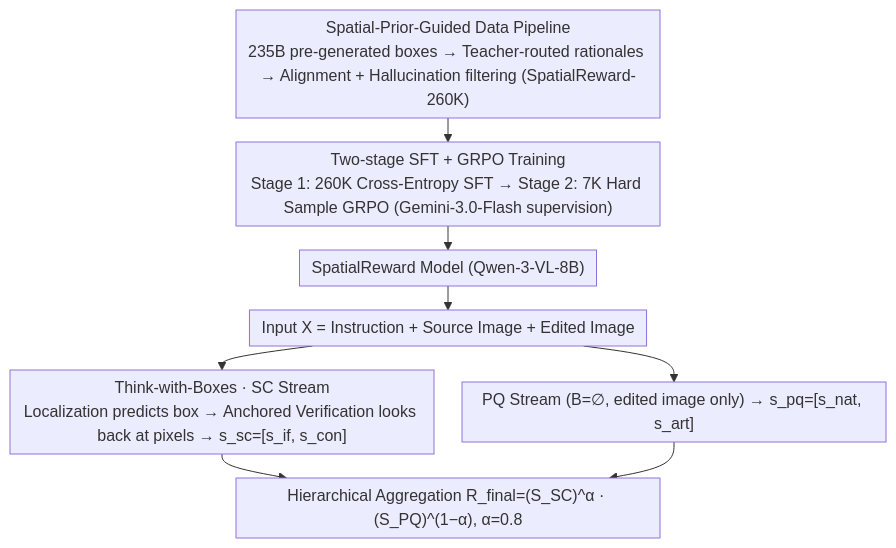
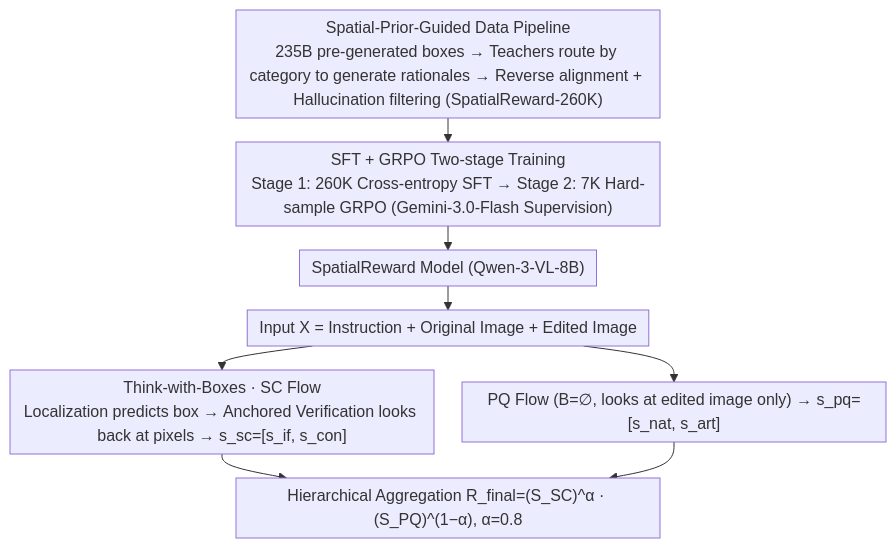
One commit to zhaoyang97/Paper-Notes-en changed the diagram in docs/ICML2026/image_generation/spatialreward_bridging_the_perception_gap_in_online_rl_for_image_editing_via_exp.md. Above: the diagram before and after it, drawn with Mermaid. The commit also changed other lines of this file and 5084 other files, not shown here.

````diff
--- a/docs/ICML2026/image_generation/spatialreward_bridging_the_perception_gap_in_online_rl_for_image_editing_via_exp.md
+++ b/docs/ICML2026/image_generation/spatialreward_bridging_the_perception_gap_in_online_rl_for_image_editing_via_exp.md
@@ -45,12 +45,12 @@
 ```mermaid
 %%{init: {'flowchart': {'rankSpacing': 24, 'nodeSpacing': 28, 'padding': 6, 'wrappingWidth': 400}}}%%
 flowchart TD
-    DATA["Spatial-Prior-Guided Data Pipeline<br/>235B pre-generated boxes → Teacher-routed rationales → Alignment + Hallucination filtering (SpatialReward-260K)"]
-    DATA --> TRAIN["Two-stage SFT + GRPO Training<br/>Stage 1: 260K Cross-Entropy SFT → Stage 2: 7K Hard Sample GRPO (Gemini-3.0-Flash supervision)"]
+    DATA["Spatial-Prior-Guided Data Pipeline<br/>235B pre-generated boxes → Teachers route by category to generate rationales → Reverse alignment + Hallucination filtering (SpatialReward-260K)"]
+    DATA --> TRAIN["SFT + GRPO Two-stage Training<br/>Stage 1: 260K Cross-entropy SFT → Stage 2: 7K Hard-sample GRPO (Gemini-3.0-Flash Supervision)"]
     TRAIN --> MODEL["SpatialReward Model (Qwen-3-VL-8B)"]
-    MODEL --> X["Input X = Instruction + Source Image + Edited Image"]
-    X --> SC["Think-with-Boxes · SC Stream<br/>Localization predicts box → Anchored Verification looks back at pixels → s_sc=[s_if, s_con]"]
-    X --> PQ["PQ Stream (B=∅, edited image only) → s_pq=[s_nat, s_art]"]
+    MODEL --> X["Input X = Instruction + Original Image + Edited Image"]
+    X --> SC["Think-with-Boxes · SC Flow<br/>Localization predicts box → Anchored Verification looks back at pixels → s_sc=[s_if, s_con]"]
+    X --> PQ["PQ Flow (B=∅, looks at edited image only) → s_pq=[s_nat, s_art]"]
     SC --> AGG["Hierarchical Aggregation R_final=(S_SC)^α · (S_PQ)^(1−α), α=0.8"]
     PQ --> AGG
 ```
````
